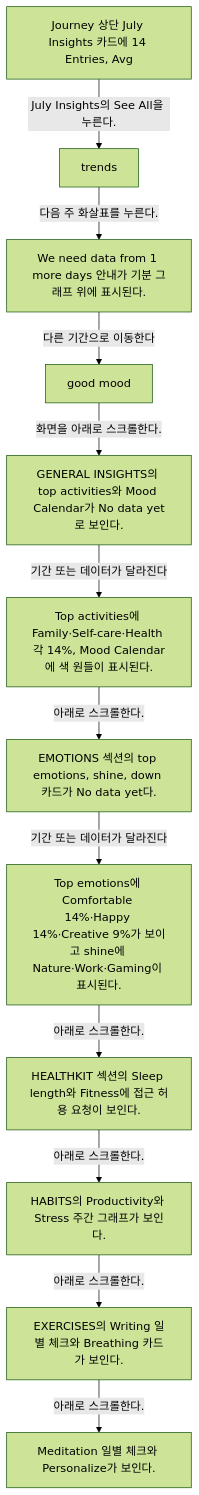
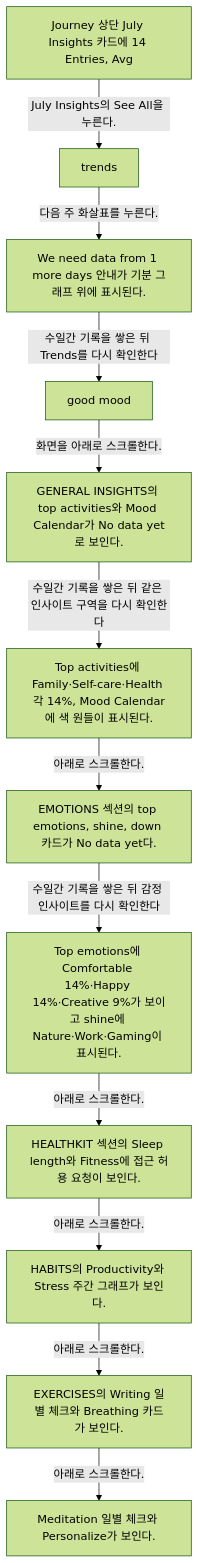
The diagram in docs/Stoic/flows/trends-insights-from-journey-d5e37110/README.md (Dev-Corgi/Stoic-Build-Clone-Test), drawn with Mermaid (forest theme) before and after one commit. The commit also changed other lines of this file and 23 other files, not shown here.

Commit message:
docs: verify Stoic flows with user-confirmed transitions

````diff
--- a/docs/Stoic/flows/trends-insights-from-journey-d5e37110/README.md
+++ b/docs/Stoic/flows/trends-insights-from-journey-d5e37110/README.md
@@ -8,26 +8,26 @@
 ```mermaid
 flowchart TD
   S1["Journey 상단 July Insights 카드에 14 Entries, Avg"]
   S1 -->|July Insights의 See All을 누른다.| S2
   S2["trends"]
   S2 -->|다음 주 화살표를 누른다.| S3
   S3["We need data from 1 more days 안내가 기분 그래프 위에 표시된다."]
-  S3 -->|다른 기간으로 이동한다| S4
+  S3 -->|수일간 기록을 쌓은 뒤 Trends를 다시 확인한다| S4
   S4["good mood"]
   S4 -->|화면을 아래로 스크롤한다.| S5
   S5["GENERAL INSIGHTS의 top activities와 Mood Calendar가 No data yet로 보인다."]
-  S5 -->|기간 또는 데이터가 달라진다| S6
+  S5 -->|수일간 기록을 쌓은 뒤 같은 인사이트 구역을 다시 확인한다| S6
   S6["Top activities에 Family·Self-care·Health 각 14%, Mood Calendar에 색 원들이 표시된다."]
   S6 -->|아래로 스크롤한다.| S7
   S7["EMOTIONS 섹션의 top emotions, shine, down 카드가 No data yet다."]
-  S7 -->|기간 또는 데이터가 달라진다| S8
+  S7 -->|수일간 기록을 쌓은 뒤 감정 인사이트를 다시 확인한다| S8
   S8["Top emotions에 Comfortable 14%·Happy 14%·Creative 9%가 보이고 shine에 Nature·Work·Gaming이 표시된다."]
   S8 -->|아래로 스크롤한다.| S9
   S9["HEALTHKIT 섹션의 Sleep length와 Fitness에 접근 허용 요청이 보인다."]
   S9 -->|아래로 스크롤한다.| S10
   S10["HABITS의 Productivity와 Stress 주간 그래프가 보인다."]
   S10 -->|아래로 스크롤한다.| S11
   S11["EXERCISES의 Writing 일별 체크와 Breathing 카드가 보인다."]
   S11 -->|아래로 스크롤한다.| S12
   S12["Meditation 일별 체크와 Personalize가 보인다."]
 ```
````
